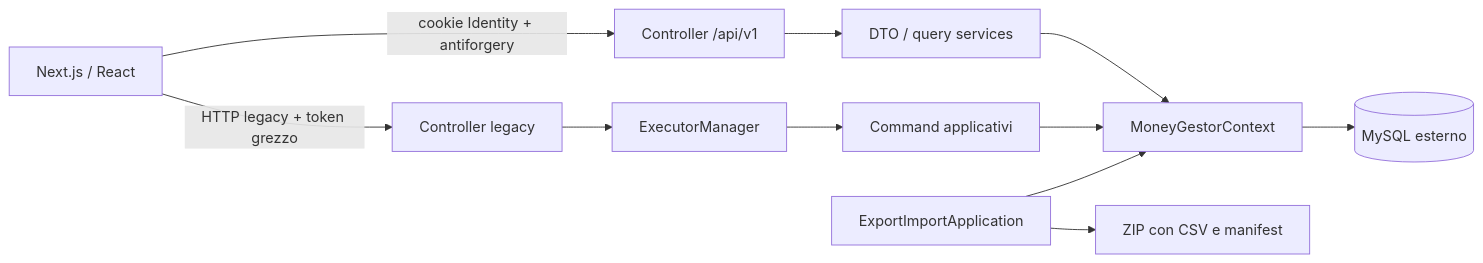
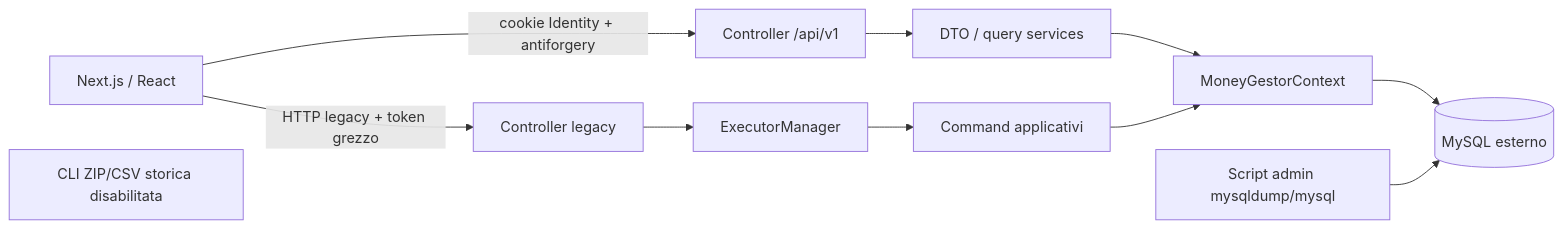
The first of 2 diagrams in docs/ARCHITECTURE.md (dadolaga/MoneyGestor), drawn with Mermaid before and after one commit. The commit also changed other lines of this file and 18 other files, not shown here.

First line of the commit message:
Implement phase 4 of backend modernization: disable legacy import/export CLI, establish MySQL backup and recovery processes

````diff
--- a/docs/ARCHITECTURE.md
+++ b/docs/ARCHITECTURE.md
@@ -7,13 +7,13 @@
 ```mermaid
 flowchart LR
     UI[Next.js / React] -->|HTTP legacy + token grezzo| LEGACY[Controller legacy]
     UI -->|cookie Identity + antiforgery| V1[Controller /api/v1]
     LEGACY --> EX[ExecutorManager]
     V1 --> APP[DTO / query services]
     APP --> EF[MoneyGestorContext]
     EX --> CMD[Command applicativi]
     CMD --> EF[MoneyGestorContext]
     EF --> DB[(MySQL esterno)]
-    CLI[ExportImportApplication] --> EF
-    CLI --> ZIP[ZIP con CSV e manifest]
+    LegacyCLI[CLI ZIP/CSV storica disabilitata]
+    OPS[Script admin mysqldump/mysql] --> DB
 ```
````
